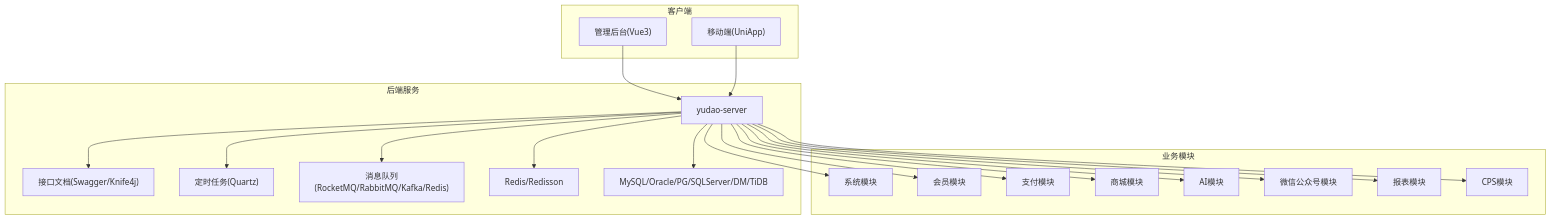
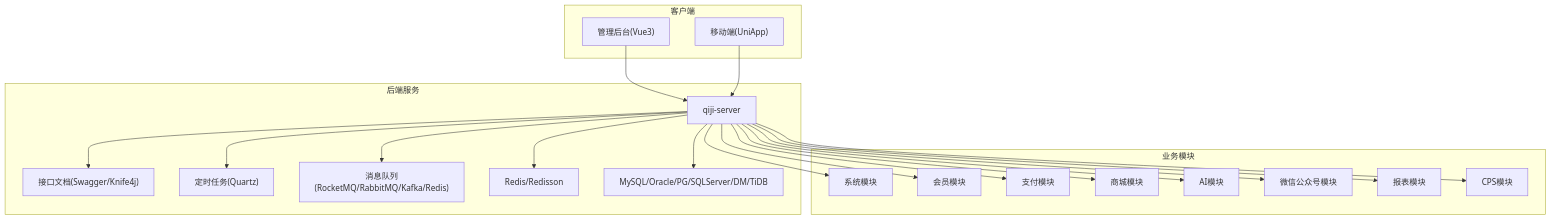
The second of 5 diagrams in backend/.qoder/repowiki/zh/content/开发指南/开发指南.md (zhuangpengLI/AgenticCPS), drawn with Mermaid before and after one commit. The commit also changed other lines of this file and 3489 other files, not shown here.

````diff
--- a/backend/.qoder/repowiki/zh/content/开发指南/开发指南.md
+++ b/backend/.qoder/repowiki/zh/content/开发指南/开发指南.md
@@ -79,40 +79,40 @@
 ```mermaid
 graph TB
 subgraph "客户端"
 Admin["管理后台(Vue3)"]
 Mobile["移动端(UniApp)"]
 end
 subgraph "后端服务"
-Server["yudao-server"]
+Server["qiji-server"]
 Swagger["接口文档(Swagger/Knife4j)"]
 Job["定时任务(Quartz)"]
 MQ["消息队列(RocketMQ/RabbitMQ/Kafka/Redis)"]
 Redis["Redis/Redisson"]
 DB["MySQL/Oracle/PG/SQLServer/DM/TiDB"]
 end
 subgraph "业务模块"
 System["系统模块"]
 Member["会员模块"]
 Pay["支付模块"]
 Mall["商城模块"]
 AI["AI模块"]
 MP["微信公众号模块"]
 Report["报表模块"]
 CPS["CPS模块"]
 end
 Admin --> Server
 Mobile --> Server
 Server --> System
 Server --> Member
 Server --> Pay
 Server --> Mall
 Server --> AI
 Server --> MP
 Server --> Report
 Server --> CPS
 Server --> Swagger
 Server --> Job
 Server --> MQ
 Server --> Redis
 Server --> DB
 ```
````
